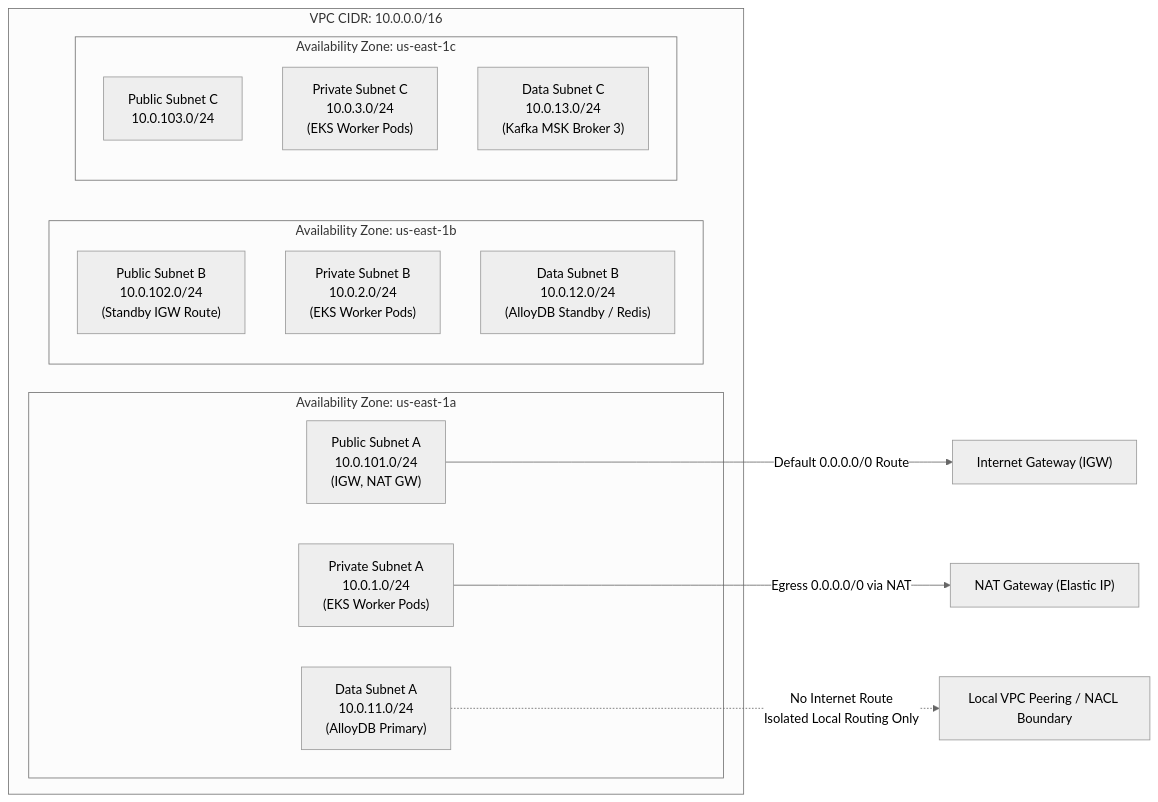
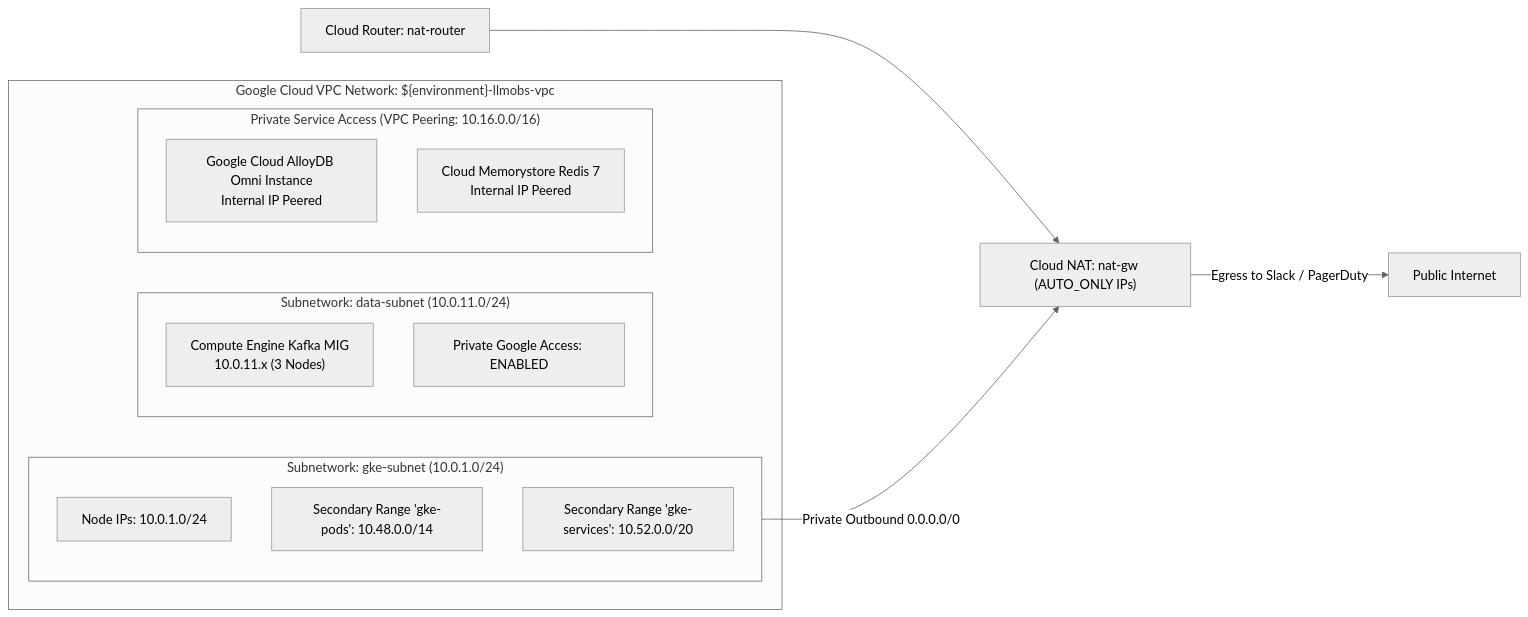
The second of 4 diagrams in adr/0001-cloud-native-deployment-and-resilient-infrastructure.md (Scaibu/llm-obs-alert-engine), drawn with Mermaid (neutral theme) before and after one commit. The commit also changed other lines of this file and 24 other files, not shown here.

Commit message:
feat(infra): migrate terraform and architecture documentation to Google Cloud Platform (GCP)

````diff
--- a/adr/0001-cloud-native-deployment-and-resilient-infrastructure.md
+++ b/adr/0001-cloud-native-deployment-and-resilient-infrastructure.md
@@ -144,26 +151,24 @@
 ```mermaid
 flowchart LR
-    subgraph VPC_CIDR["VPC CIDR: 10.0.0.0/16"]
-        subgraph AZ_A["Availability Zone: us-east-1a"]
-            Pub_A["Public Subnet A\n10.0.101.0/24\n(IGW, NAT GW)"]
-            Priv_A["Private Subnet A\n10.0.1.0/24\n(EKS Worker Pods)"]
-            Data_A["Data Subnet A\n10.0.11.0/24\n(AlloyDB Primary)"]
+    subgraph VPC_Network["Google Cloud VPC Network: ${environment}-llmobs-vpc"]
+        subgraph Subnet_GKE["Subnetwork: gke-subnet (10.0.1.0/24)"]
+            Primary_Range["Node IPs: 10.0.1.0/24"]
+            Secondary_Pods["Secondary Range 'gke-pods': 10.48.0.0/14"]
+            Secondary_Services["Secondary Range 'gke-services': 10.52.0.0/20"]
         end
 
-        subgraph AZ_B["Availability Zone: us-east-1b"]
-            Pub_B["Public Subnet B\n10.0.102.0/24\n(Standby IGW Route)"]
-            Priv_B["Private Subnet B\n10.0.2.0/24\n(EKS Worker Pods)"]
-            Data_B["Data Subnet B\n10.0.12.0/24\n(AlloyDB Standby / Redis)"]
+        subgraph Subnet_Data["Subnetwork: data-subnet (10.0.11.0/24)"]
+            Kafka_Nodes["Compute Engine Kafka MIG\n10.0.11.x (3 Nodes)"]
+            PGA["Private Google Access: ENABLED"]
         end
 
-        subgraph AZ_C["Availability Zone: us-east-1c"]
-            Pub_C["Public Subnet C\n10.0.103.0/24"]
-            Priv_C["Private Subnet C\n10.0.3.0/24\n(EKS Worker Pods)"]
-            Data_C["Data Subnet C\n10.0.13.0/24\n(Kafka MSK Broker 3)"]
+        subgraph PSA_Range["Private Service Access (VPC Peering: 10.16.0.0/16)"]
+            AlloyDB_Private["Google Cloud AlloyDB Omni Instance\nInternal IP Peered"]
+            Redis_Private["Cloud Memorystore Redis 7\nInternal IP Peered"]
         end
     end
 
-    Pub_A -->|"Default 0.0.0.0/0 Route"| IGW_Route["Internet Gateway (IGW)"]
-    Priv_A -->|"Egress 0.0.0.0/0 via NAT"| NAT_Route["NAT Gateway (Elastic IP)"]
-    Data_A -.->|"No Internet Route\nIsolated Local Routing Only"| Local_Route["Local VPC Peering / NACL Boundary"]
+    Router["Cloud Router: nat-router"] --> NAT_GW["Cloud NAT: nat-gw (AUTO_ONLY IPs)"]
+    Subnet_GKE -->|"Private Outbound 0.0.0.0/0"| NAT_GW
+    NAT_GW -->|"Egress to Slack / PagerDuty"| ExtInternet[Public Internet]
 ```
````
